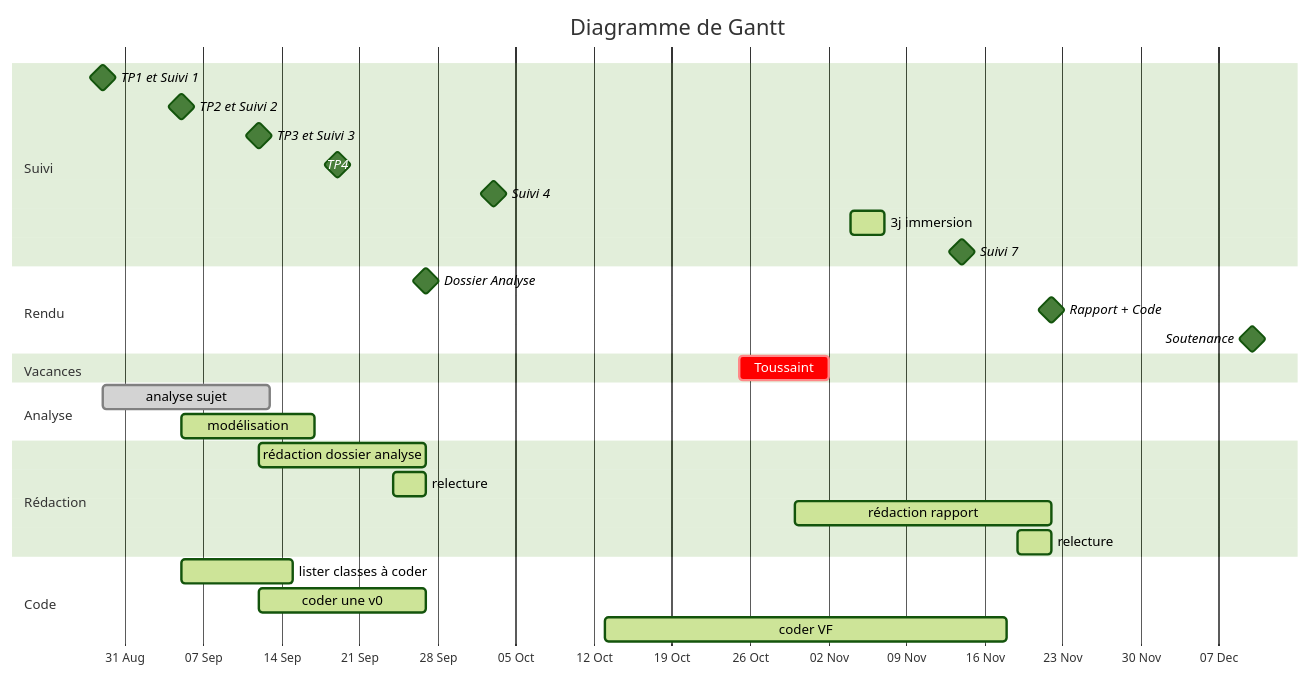
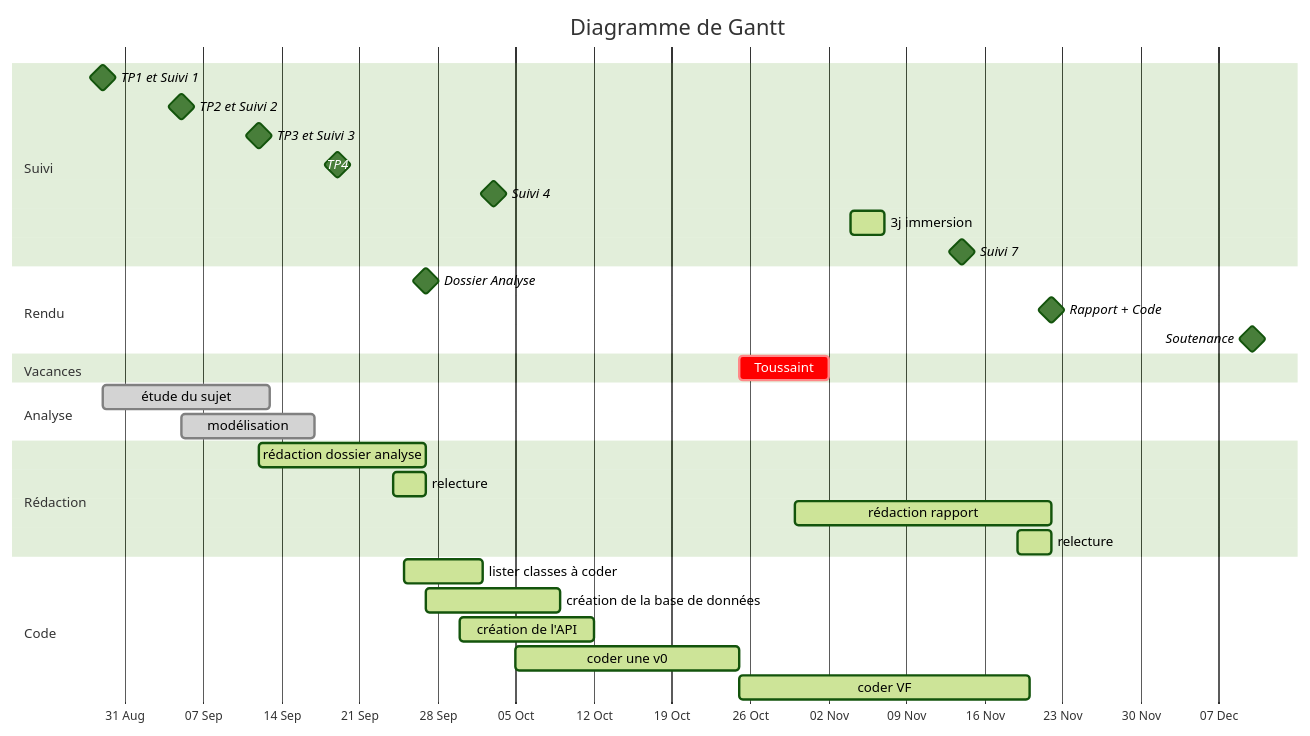
Before and after one commit to TeodoraHub/Info-2A-Strava: the diagram in doc/suivi/suivi.md, drawn with Mermaid (forest theme).

Commit message:
doc: MAJ Gantt

````diff
--- a/doc/suivi/suivi.md
+++ b/doc/suivi/suivi.md
@@ -16,41 +16,47 @@
 ```mermaid
 gantt
     %% doc : https://mermaid-js.github.io/mermaid/#/./gantt
     dateFormat  YYYY-MM-DD
     axisFormat  %d %b
     title       Diagramme de Gantt
+    
     %%excludes  YYYY-MM-DD and/or sunday and/or weekends 
+     
+    
      
     section Suivi
     TP1 et Suivi 1               :milestone, 2025-08-29,
     TP2 et Suivi 2               :milestone, 2025-09-05,
     TP3 et Suivi 3               :milestone, 2025-09-12,
     TP4                          :milestone, 2025-09-19,
     Suivi 4                      :milestone, 2025-10-03,
     3j immersion                 :active,    2025-11-04, 3d
     Suivi 7                      :milestone, 2025-11-14,
     
     section Rendu
     Dossier Analyse              :milestone, 2025-09-27,
     Rapport + Code               :milestone, 2025-11-22,
     Soutenance                   :milestone, 2025-12-10,
     
     section Vacances
     Toussaint                    :crit,    2025-10-25, 2025-11-02
     
     section Analyse
-    analyse sujet                :done,    2025-08-29, 15d
-    modélisation                 :active,  2025-09-05, 12d
+    étude du sujet                :done,    2025-08-29, 15d
+    modélisation                 :done,    2025-09-05, 12d
     
     section Rédaction
     rédaction dossier analyse    :active,  2025-09-12, 2025-09-27
-    relecture                    :active,  dossier,    2025-09-24, 3d
+    relecture                    :active, dossier,    2025-09-24, 3d
     rédaction rapport            :active,  2025-10-30, 2025-11-22
-    relecture                    :active,  rapport,    2025-11-19, 3d
+    relecture                    :active,  rapport,   2025-11-19, 3d
     
     section Code
-    lister classes à coder       :active,    2025-09-05, 10d
-    coder une v0                 :active,    2025-09-12, 15d
-    coder VF                     :active,    2025-10-13, 2025-11-18
+    lister classes à coder       :active,    2025-09-25, 7d
+    création de la base de données  :active,    2025-09-27, 12d
+    création de l'API           :active,    2025-09-30, 12d
+    coder une v0                 :active,    2025-10-05, 20d
+    coder VF                     :active,    2025-10-25, 2025-11-20
+    
 
 ```
````
